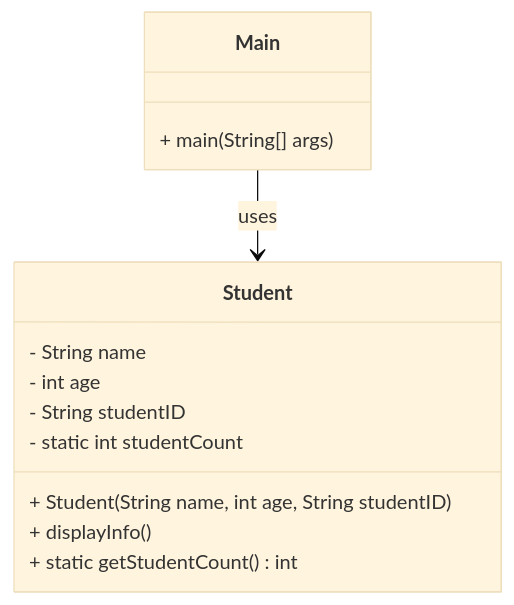
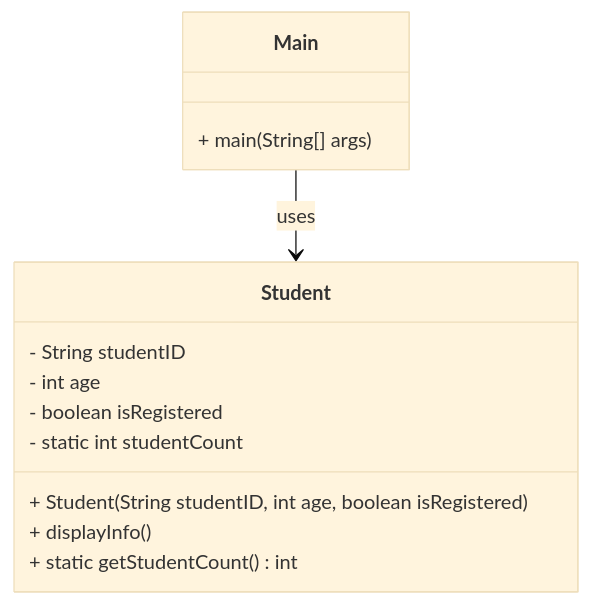
Before and after one commit to DanielCreggOrganization/w5-lab-classes-objects-danielcregg: the sixth of 7 diagrams in README.md, drawn with Mermaid (base theme). The commit also changed other lines of this file, not shown here.

````diff
--- a/README.md
+++ b/README.md
@@ -455,16 +460,16 @@
 ```mermaid
 classDiagram
     class Student {
-        - String name
+        - String studentID
         - int age
-        - String studentID
+        - boolean isRegistered
         - static int studentCount
-        + Student(String name, int age, String studentID)
+        + Student(String studentID, int age, boolean isRegistered)
         + displayInfo()
         + static getStudentCount() int
     }
     class Main {
         + main(String[] args)
     }
     Main --> Student : uses
 ```
````
